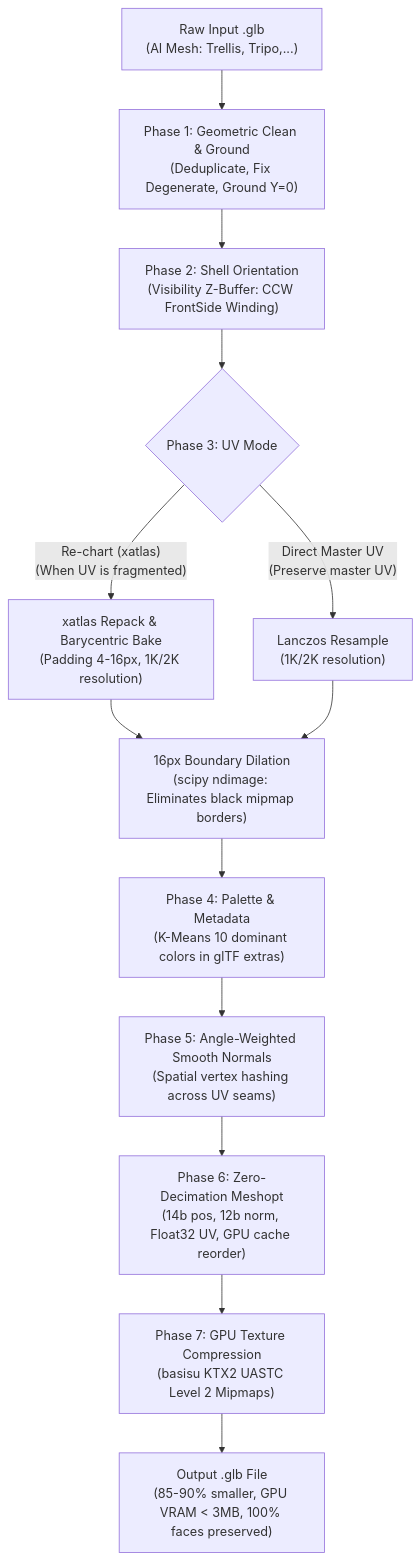
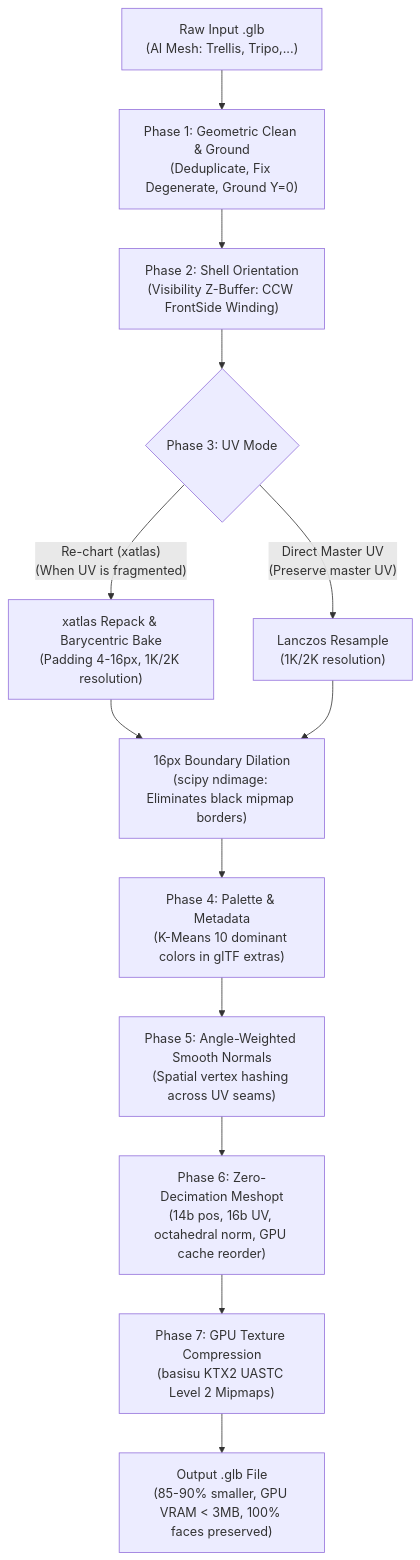
Before and after one commit to braitoli/poc-optimize-3d-model: the diagram in README.md, drawn with Mermaid. The commit also changed other lines of this file and 20 other files, not shown here.

````diff
--- a/README.md
+++ b/README.md
@@ -17,15 +17,15 @@
 ```mermaid
 flowchart TD
     A["Raw Input .glb<br/>(AI Mesh: Trellis, Tripo,...)"] --> B["Phase 1: Geometric Clean & Ground<br/>(Deduplicate, Fix Degenerate, Ground Y=0)"]
     B --> C["Phase 2: Shell Orientation<br/>(Visibility Z-Buffer: CCW FrontSide Winding)"]
     C --> D{"Phase 3: UV Mode"}
     D -- "Re-chart (xatlas)<br/>(When UV is fragmented)" --> E["xatlas Repack & Barycentric Bake<br/>(Padding 4-16px, 1K/2K resolution)"]
     D -- "Direct Master UV<br/>(Preserve master UV)" --> F["Lanczos Resample<br/>(1K/2K resolution)"]
     E --> G["16px Boundary Dilation<br/>(scipy ndimage: Eliminates black mipmap borders)"]
     F --> G
     G --> H["Phase 4: Palette & Metadata<br/>(K-Means 10 dominant colors in glTF extras)"]
     H --> I["Phase 5: Angle-Weighted Smooth Normals<br/>(Spatial vertex hashing across UV seams)"]
-    I --> J["Phase 6: Zero-Decimation Meshopt<br/>(14b pos, 12b norm, Float32 UV, GPU cache reorder)"]
+    I --> J["Phase 6: Zero-Decimation Meshopt<br/>(14b pos, 16b UV, octahedral norm, GPU cache reorder)"]
     J --> K["Phase 7: GPU Texture Compression<br/>(basisu KTX2 UASTC Level 2 Mipmaps)"]
     K --> L["Output .glb File<br/>(85-90% smaller, GPU VRAM &lt; 3MB, 100% faces preserved)"]
 ```
````
